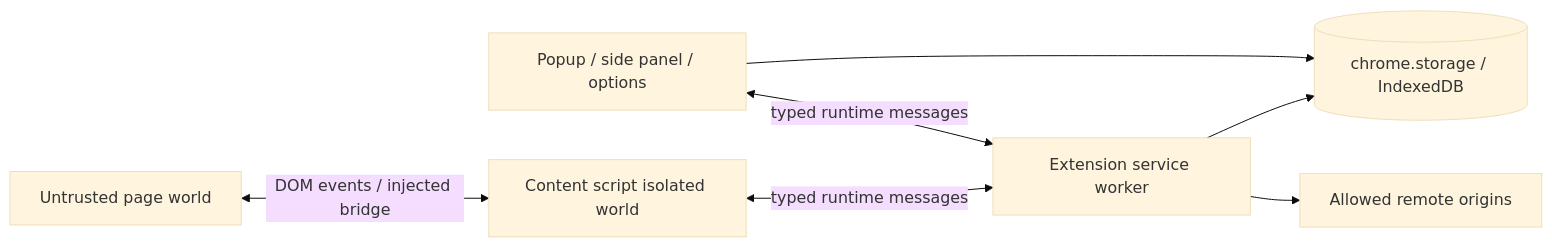
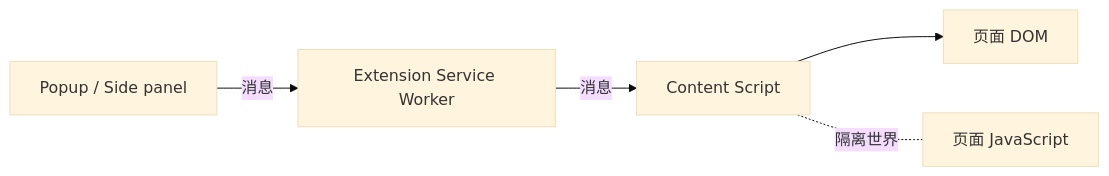
The diagram in docs/frontend/manifest-v3-extension.md (upJiang/jiang-blog-vitepress), drawn with Mermaid (base theme) before and after one commit. The commit also changed other lines of this file and 164 other files, not shown here.

````diff
--- a/docs/frontend/manifest-v3-extension.md
+++ b/docs/frontend/manifest-v3-extension.md
@@ -19,9 +20,7 @@
 ```mermaid
 flowchart LR
-  P[Untrusted page world] <-->|DOM events / injected bridge| C[Content script isolated world]
-  C <-->|typed runtime messages| W[Extension service worker]
-  U[Popup / side panel / options] <-->|typed runtime messages| W
-  W --> S[(chrome.storage / IndexedDB)]
-  W --> N[Allowed remote origins]
-  U --> S
+  P[Popup / Side panel] -->|消息| W[Extension Service Worker]
+  W -->|消息| C[Content Script]
+  C --> D[页面 DOM]
+  C -. 隔离世界 .- J[页面 JavaScript]
 ```
````
